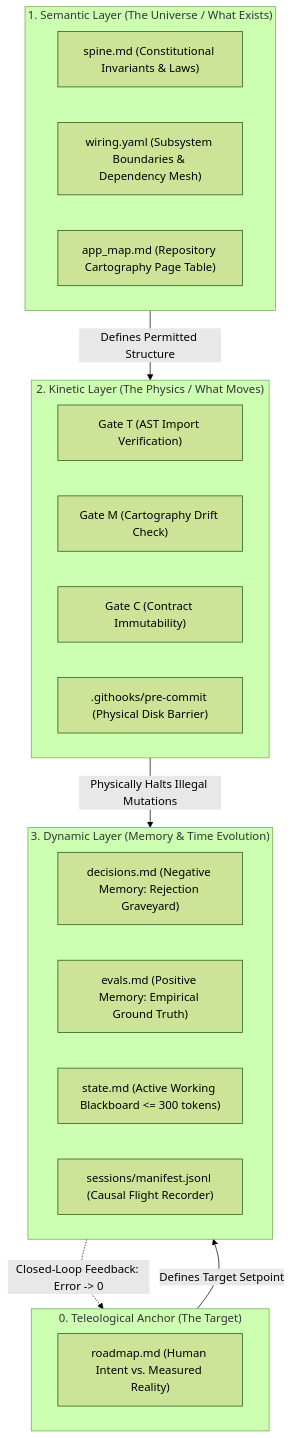
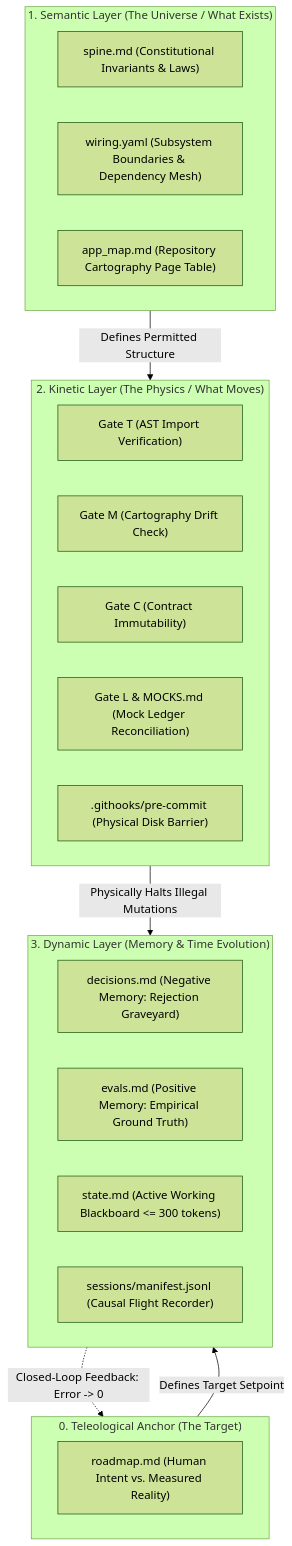
Before and after one commit to adamm285-dev/Spec-Driven-Cognitive-Scaffolding-SDCS: the first of 2 diagrams in README.md, drawn with Mermaid (forest theme). The commit also changed other lines of this file and 1 other file, not shown here.

Commit message:
docs(readme): integrate Gate L, MOCKS.md Layer 2 placement, and Greenfield One-Shot pattern

````diff
--- a/README.md
+++ b/README.md
@@ -234,31 +238,32 @@
 ```mermaid
 flowchart TD
     subgraph SETPOINT ["0. Teleological Anchor (The Target)"]
         RM["roadmap.md (Human Intent vs. Measured Reality)"]
     end
 
     subgraph SEMANTIC ["1. Semantic Layer (The Universe / What Exists)"]
         SP["spine.md (Constitutional Invariants & Laws)"]
         WY["wiring.yaml (Subsystem Boundaries & Dependency Mesh)"]
         AM["app_map.md (Repository Cartography Page Table)"]
     end
 
     subgraph KINETIC ["2. Kinetic Layer (The Physics / What Moves)"]
         GT["Gate T (AST Import Verification)"]
         GM["Gate M (Cartography Drift Check)"]
         GC["Gate C (Contract Immutability)"]
+        GL["Gate L & MOCKS.md (Mock Ledger Reconciliation)"]
         GH[".githooks/pre-commit (Physical Disk Barrier)"]
     end
 
     subgraph DYNAMIC ["3. Dynamic Layer (Memory & Time Evolution)"]
         DM["decisions.md (Negative Memory: Rejection Graveyard)"]
         EV["evals.md (Positive Memory: Empirical Ground Truth)"]
         ST["state.md (Active Working Blackboard <= 300 tokens)"]
         FR["sessions/manifest.jsonl (Causal Flight Recorder)"]
     end
 
     SETPOINT -->|Defines Target Setpoint| DYNAMIC
     SEMANTIC -->|Defines Permitted Structure| KINETIC
     KINETIC -->|Physically Halts Illegal Mutations| DYNAMIC
     DYNAMIC -.->|Closed-Loop Feedback: Error -> 0| SETPOINT
 ```
````
